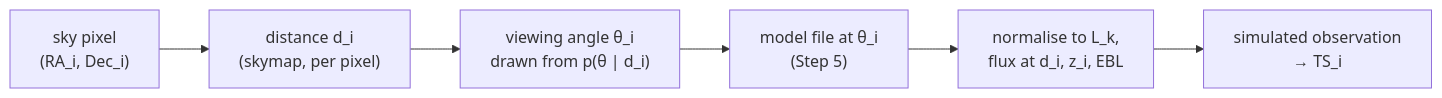
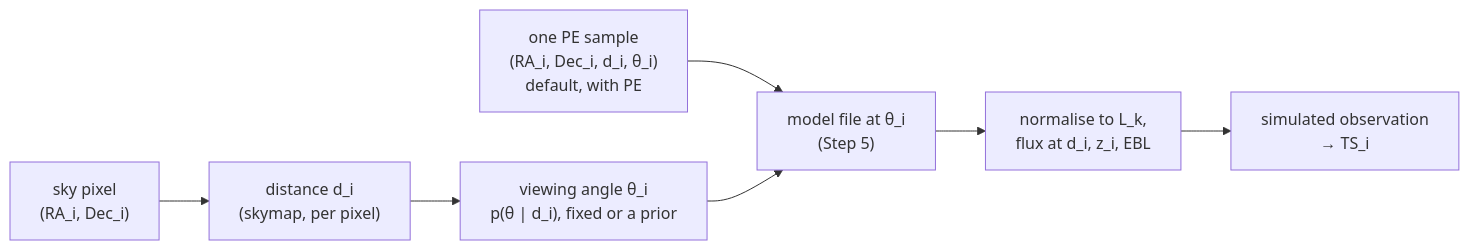
The diagram in docs/viewing_angle_distribution.md (juanjq/gw-gamma-global-uls), drawn with Mermaid before and after one commit. The commit also changed other lines of this file and 4 other files, not shown here.

````diff
--- a/docs/viewing_angle_distribution.md
+++ b/docs/viewing_angle_distribution.md
@@ -42,8 +42,9 @@
 ```mermaid
 flowchart LR
+  P["one PE sample<br/>(RA_i, Dec_i, d_i, θ_i)<br/>default, with PE"] --> D
   A["sky pixel<br/>(RA_i, Dec_i)"] --> B["distance d_i<br/>(skymap, per pixel)"]
-  B --> C["viewing angle θ_i<br/>drawn from p(θ | d_i)"]
+  B --> C["viewing angle θ_i<br/>p(θ | d_i), fixed or a prior"]
   C --> D["model file at θ_i<br/>(Step 5)"]
   D --> E["normalise to L_k,<br/>flux at d_i, z_i, EBL"]
   E --> F["simulated observation<br/>→ TS_i"]
 ```
````
